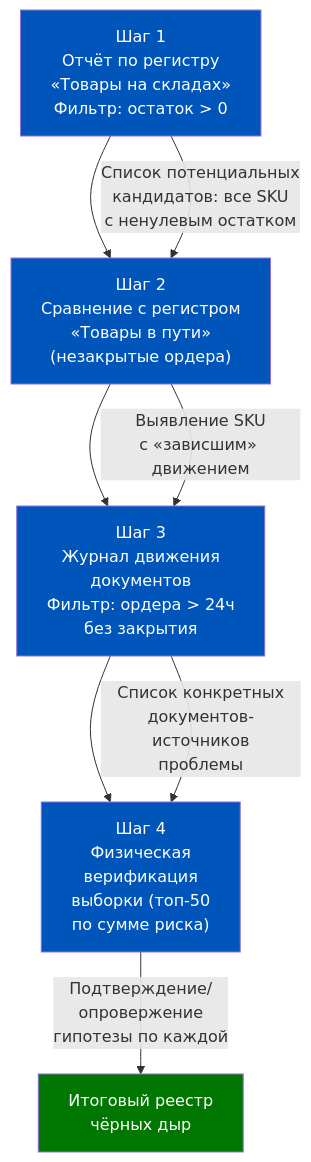
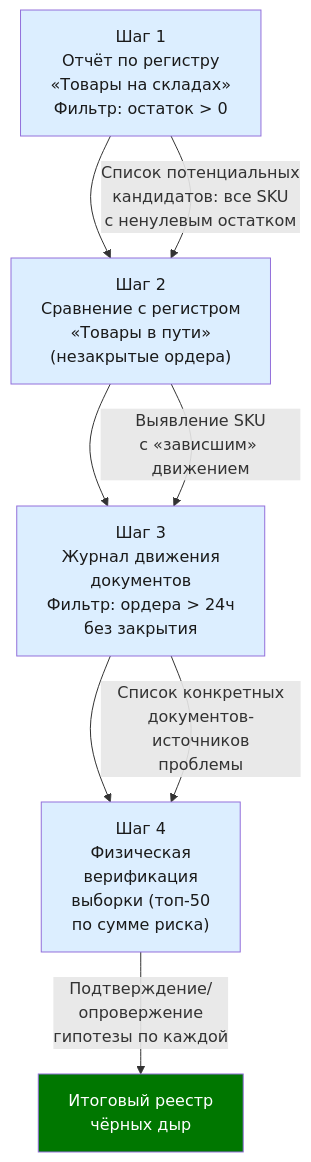
The fifth of 8 diagrams in content/1c-erp/week_5/Неделя 5 - День 7 - История чёрных дыр склада.md (murad1986/1c-erp-quartz), drawn with Mermaid before and after one commit. The commit also changed other lines of this file and 57 other files, not shown here.

First line of the commit message:
fix: Mermaid — пастельные цвета в источниках диаграмм (56 файлов)

````diff
--- a/content/1c-erp/week_5/Неделя 5 - День 7 - История чёрных дыр склада.md
+++ b/content/1c-erp/week_5/Неделя 5 - День 7 - История чёрных дыр склада.md
@@ -333,18 +333,18 @@
 ```mermaid
 flowchart TD
     STEP1["Шаг 1<br/>Отчёт по регистру<br/>«Товары на складах»<br/>Фильтр: остаток > 0"] --> STEP2
     STEP2["Шаг 2<br/>Сравнение с регистром<br/>«Товары в пути»<br/>(незакрытые ордера)"] --> STEP3
     STEP3["Шаг 3<br/>Журнал движения<br/>документов<br/>Фильтр: ордера > 24ч<br/>без закрытия"] --> STEP4
     STEP4["Шаг 4<br/>Физическая<br/>верификация<br/>выборки (топ-50<br/>по сумме риска)"]
 
     STEP1 -->|Список потенциальных<br/>кандидатов: все SKU<br/>с ненулевым остатком| STEP2
     STEP2 -->|Выявление SKU<br/>с «зависшим» движением| STEP3
     STEP3 -->|Список конкретных<br/>документов-источников<br/>проблемы| STEP4
     STEP4 -->|Подтверждение/<br/>опровержение<br/>гипотезы по каждой| END["Итоговый реестр<br/>чёрных дыр"]
 
-    style STEP1 fill:#0055BB,color:#fff
-    style STEP2 fill:#0055BB,color:#fff
-    style STEP3 fill:#0055BB,color:#fff
-    style STEP4 fill:#0055BB,color:#fff
+    style STEP1 fill:#dceeff,color:#1a1a1a
+    style STEP2 fill:#dceeff,color:#1a1a1a
+    style STEP3 fill:#dceeff,color:#1a1a1a
+    style STEP4 fill:#dceeff,color:#1a1a1a
     style END fill:#007700,color:#fff
 ```
````
